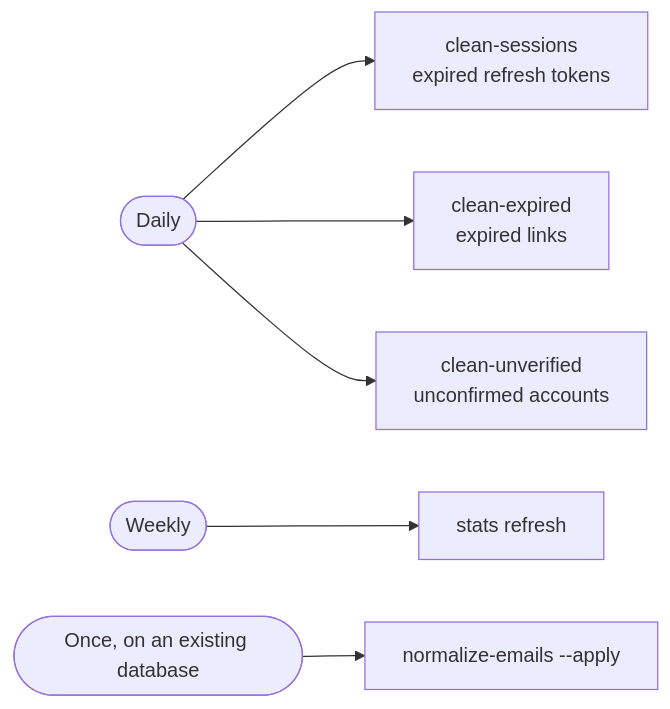
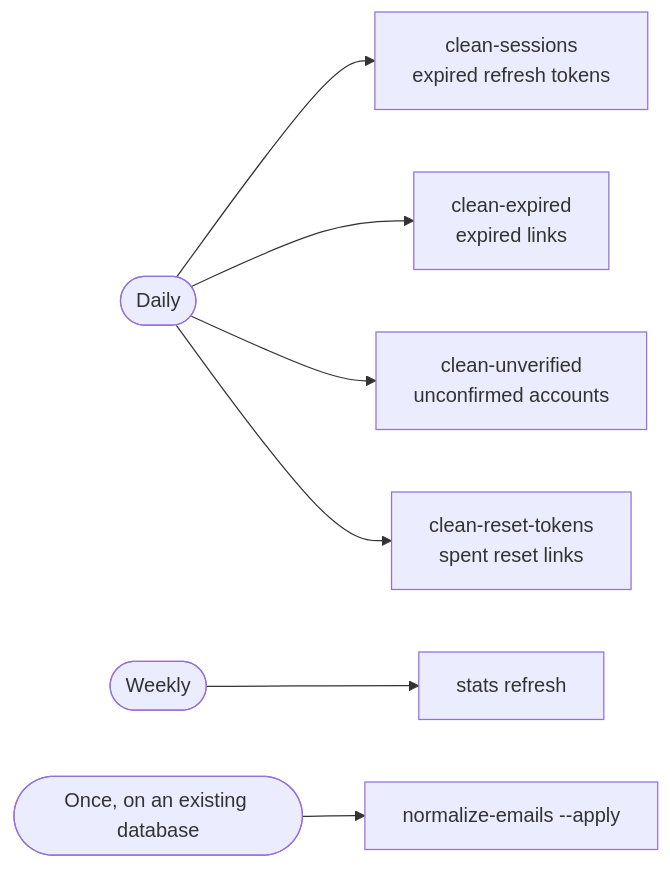
The diagram in docs/operations.md (IAMN1/link-shortener), drawn with Mermaid before and after one commit. The commit also changed other lines of this file and 72 other files, not shown here.

````diff
--- a/docs/operations.md
+++ b/docs/operations.md
@@ -136,8 +137,9 @@
 ```mermaid
 flowchart LR
     D([Daily]) --> S[clean-sessions<br/>expired refresh tokens]
     D --> E[clean-expired<br/>expired links]
     D --> U[clean-unverified<br/>unconfirmed accounts]
+    D --> P[clean-reset-tokens<br/>spent reset links]
     W([Weekly]) --> R[stats refresh]
     O([Once, on an existing database]) --> N[normalize-emails --apply]
 ```
````
